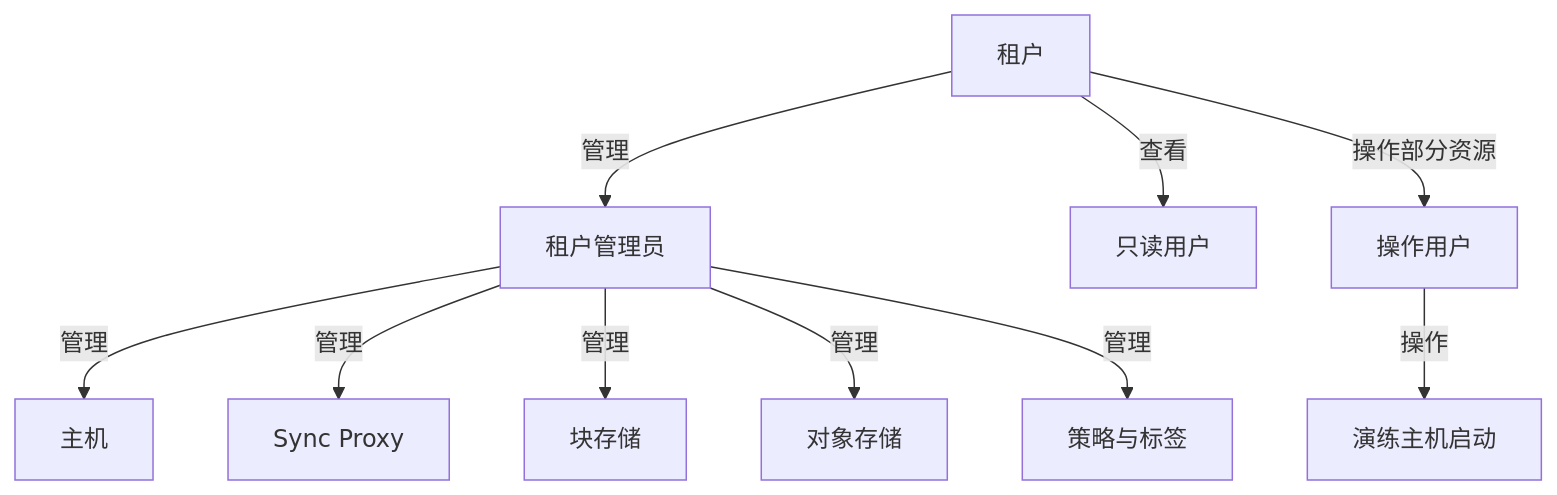
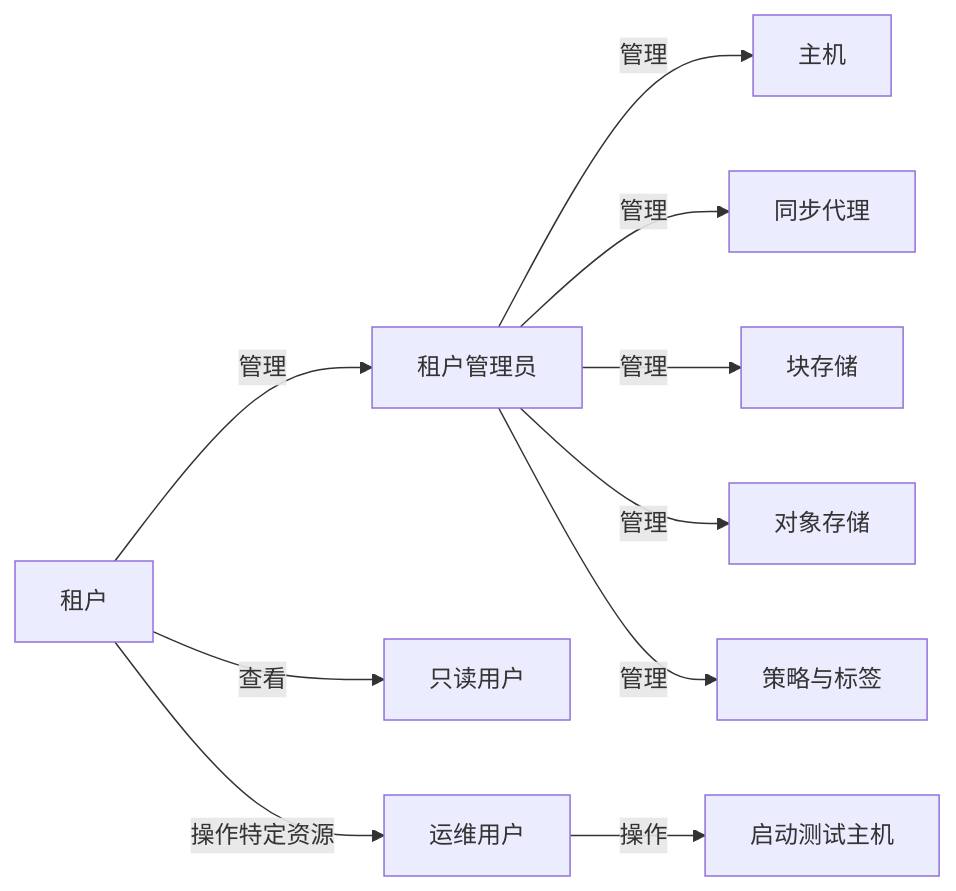
The diagram in src/zh/product-overview/product-training/multi-tenant-design.md (HyperBDR/docs), drawn with Mermaid before and after one commit.

Commit message:
Update multi-tenant-design.md for Chinese version
Make the diagram horizontal

````diff
--- a/src/zh/product-overview/product-training/multi-tenant-design.md
+++ b/src/zh/product-overview/product-training/multi-tenant-design.md
@@ -36,12 +36,14 @@
 ```mermaid
-graph TD;
+graph LR;
     A[租户] -->|管理| B[租户管理员]
     A -->|查看| C[只读用户]
-    A -->|操作部分资源| D[操作用户]
+    A -->|操作特定资源| D[运维用户]
+
     B -->|管理| E[主机]
-    B -->|管理| F[Sync Proxy]
+    B -->|管理| F[同步代理]
     B -->|管理| G[块存储]
     B -->|管理| H[对象存储]
     B -->|管理| I[策略与标签]
-    D -->|操作| J[演练主机启动]
+
+    D -->|操作| J[启动测试主机]
 ```
````
